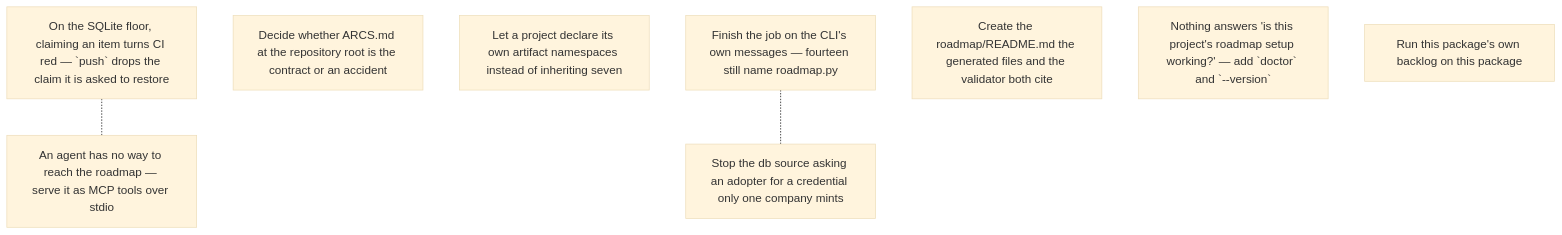
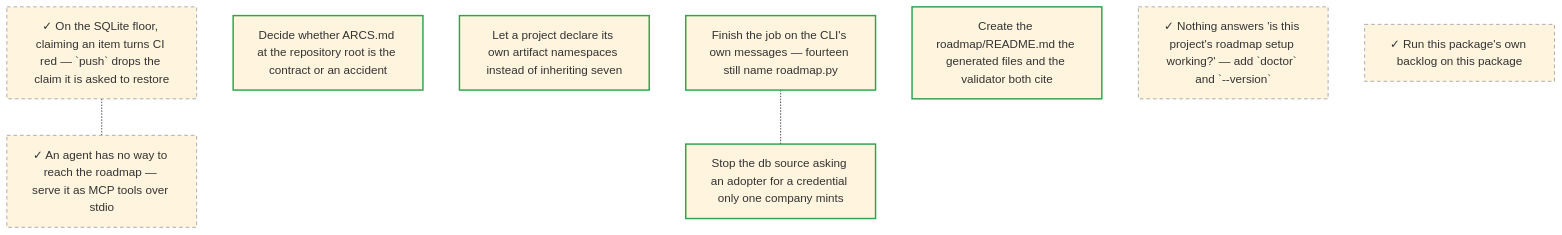
The diagram in roadmap/ROADMAP.md (gald33/roadmap-core), drawn with Mermaid (base theme) before and after one commit. The commit also changed 3 other files, not shown here.

First line of the commit message:
Make an item's status survive being read one line at a time

````diff
--- a/roadmap/ROADMAP.md
+++ b/roadmap/ROADMAP.md
@@ -37,14 +37,20 @@
 ```mermaid
 graph TD
-  a_claim_cannot_survive_the_floors_ci["On the SQLite floor, claiming an item turns CI red — `push` drops the claim it is asked to restore"]
-  an_agent_cannot_reach_the_roadmap["An agent has no way to reach the roadmap — serve it as MCP tools over stdio"]
-  arcs_md_path_is_not_configurable["Decide whether ARCS.md at the repository root is the contract or an accident"]
-  artifact_namespaces_are_one_projects["Let a project declare its own artifact namespaces instead of inheriting seven"]
-  cli_messages_name_a_script_that_does_not_exist["Finish the job on the CLI's own messages — fourteen still name roadmap.py"]
-  credential_error_names_one_repos_secret["Stop the db source asking an adopter for a credential only one company mints"]
-  generated_file_points_at_an_uncreated_readme["Create the roadmap/README.md the generated files and the validator both cite"]
-  nothing_tells_an_adopter_their_setup_is_broken["Nothing answers 'is this project's roadmap setup working?' — add `doctor` and `--version`"]
-  roadmap_core_runs_its_own_roadmap["Run this package's own backlog on this package"]
+  classDef ready stroke:#2da44e,stroke-width:2px
+  classDef deferred stroke:#9a6700,stroke-width:1px,stroke-dasharray:4 3
+  classDef blocked stroke:#cf222e,stroke-width:2px
+  classDef claimed stroke:#8250df,stroke-width:2px
+  classDef verifying stroke:#0969da,stroke-width:2px,stroke-dasharray:6 3
+  classDef done stroke:#8c959f,stroke-width:1px,stroke-dasharray:5 4
+  a_claim_cannot_survive_the_floors_ci["✓ On the SQLite floor, claiming an item turns CI red — `push` drops the claim it is asked to restore"]:::done
+  an_agent_cannot_reach_the_roadmap["✓ An agent has no way to reach the roadmap — serve it as MCP tools over stdio"]:::done
+  arcs_md_path_is_not_configurable["Decide whether ARCS.md at the repository root is the contract or an accident"]:::ready
+  artifact_namespaces_are_one_projects["Let a project declare its own artifact namespaces instead of inheriting seven"]:::ready
+  cli_messages_name_a_script_that_does_not_exist["Finish the job on the CLI's own messages — fourteen still name roadmap.py"]:::ready
+  credential_error_names_one_repos_secret["Stop the db source asking an adopter for a credential only one company mints"]:::ready
+  generated_file_points_at_an_uncreated_readme["Create the roadmap/README.md the generated files and the validator both cite"]:::ready
+  nothing_tells_an_adopter_their_setup_is_broken["✓ Nothing answers 'is this project's roadmap setup working?' — add `doctor` and `--version`"]:::done
+  roadmap_core_runs_its_own_roadmap["✓ Run this package's own backlog on this package"]:::done
   a_claim_cannot_survive_the_floors_ci -.- an_agent_cannot_reach_the_roadmap
   cli_messages_name_a_script_that_does_not_exist -.- credential_error_names_one_repos_secret
 ```
````
